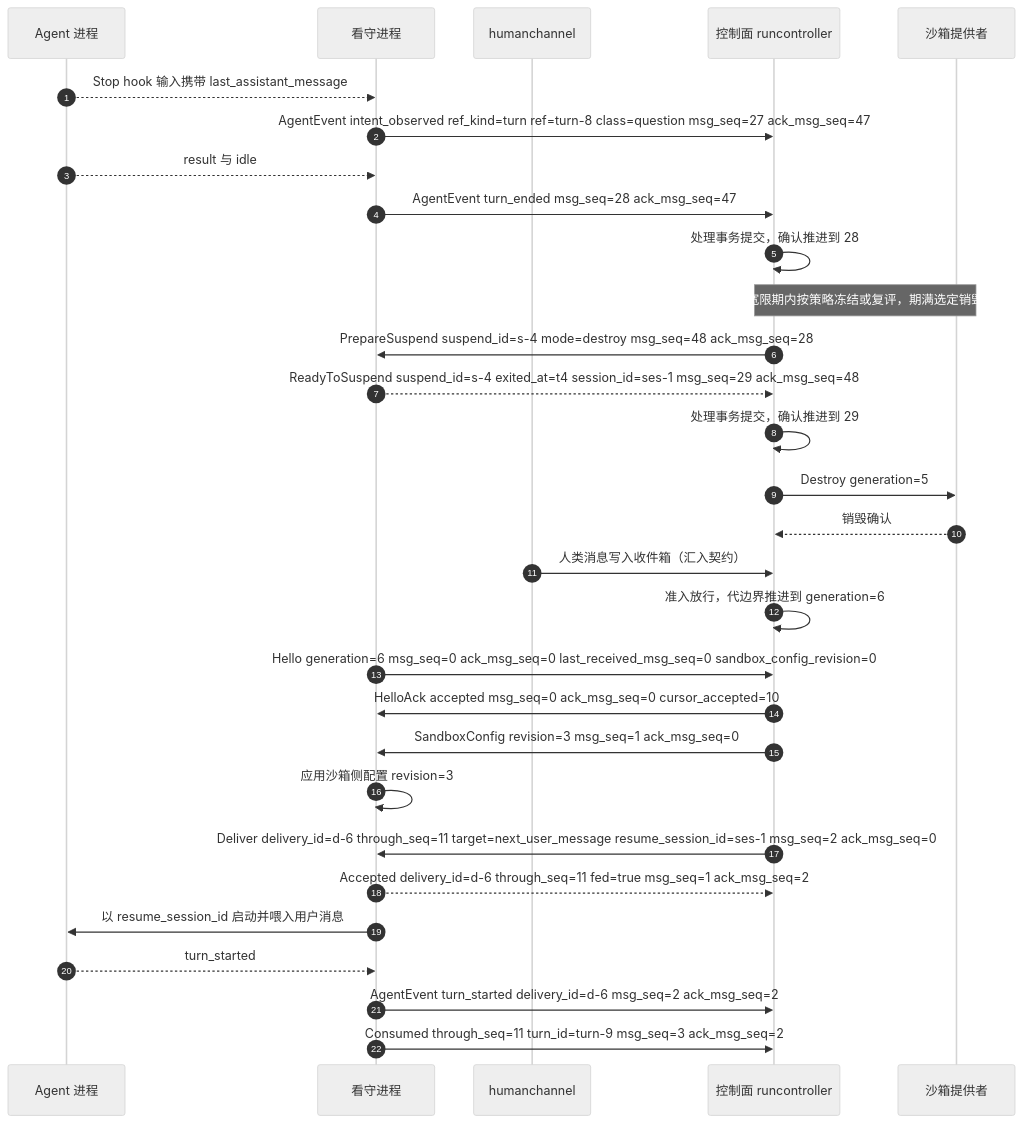
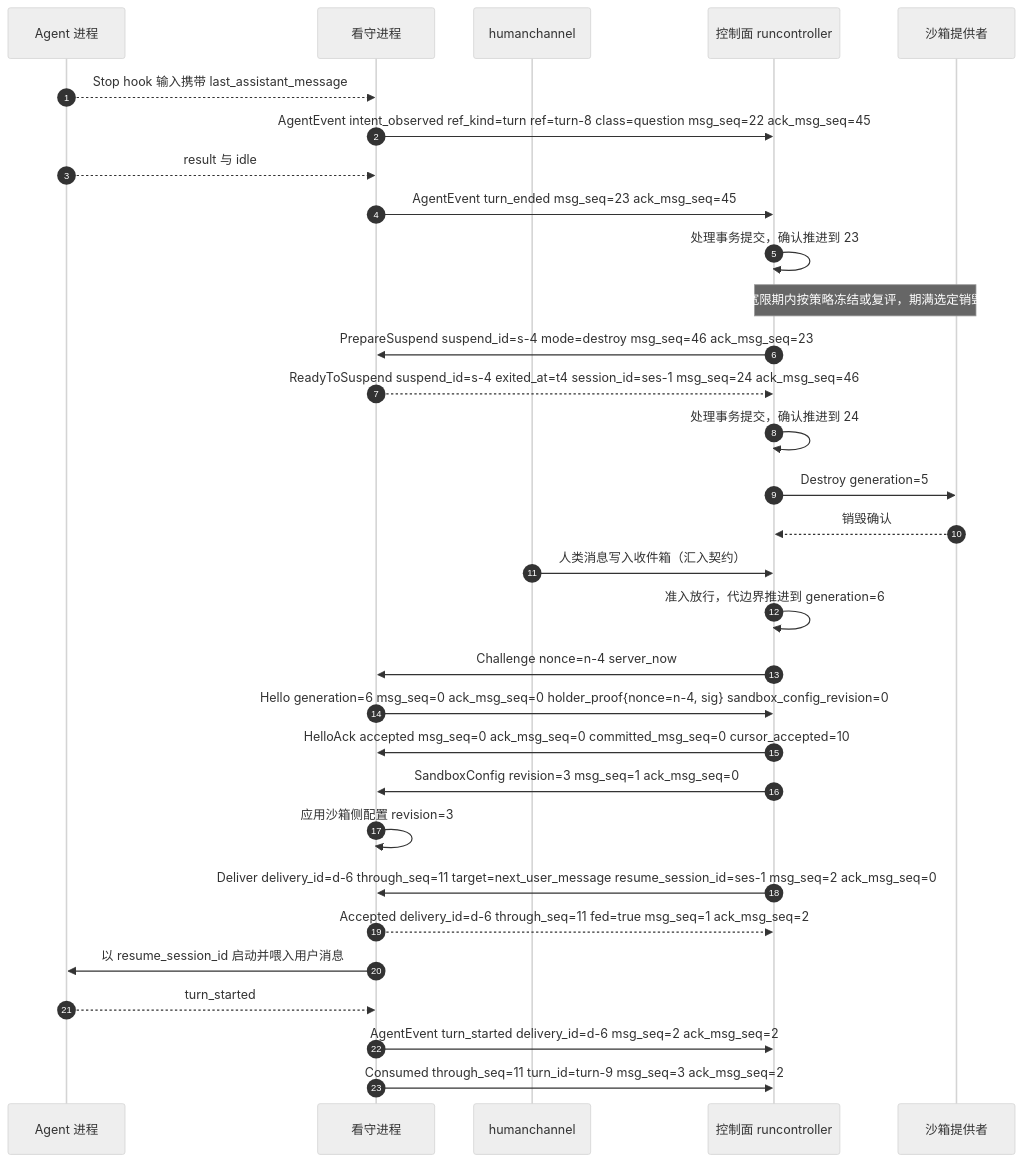
Before and after one commit to wangzw/castworks: the sixth of 8 diagrams in docs/design/modules/design-agentprotocol.md, drawn with Mermaid (neutral theme). The commit also changed other lines of this file and 35 other files, not shown here.

````diff
--- a/docs/design/modules/design-agentprotocol.md
+++ b/docs/design/modules/design-agentprotocol.md
@@ -526,32 +656,33 @@
 ```mermaid
 sequenceDiagram
     autonumber
     participant A as Agent 进程
     participant W as 看守进程
     participant H as humanchannel
     participant R as 控制面 runcontroller
     participant P as 沙箱提供者
     A-->>W: Stop hook 输入携带 last_assistant_message
-    W->>R: AgentEvent intent_observed ref_kind=turn ref=turn-8 class=question msg_seq=27 ack_msg_seq=47
+    W->>R: AgentEvent intent_observed ref_kind=turn ref=turn-8 class=question msg_seq=22 ack_msg_seq=45
     A-->>W: result 与 idle
-    W->>R: AgentEvent turn_ended msg_seq=28 ack_msg_seq=47
-    R->>R: 处理事务提交，确认推进到 28
+    W->>R: AgentEvent turn_ended msg_seq=23 ack_msg_seq=45
+    R->>R: 处理事务提交，确认推进到 23
     Note over R,P: 宽限期内按策略冻结或复评，期满选定销毁
-    R->>W: PrepareSuspend suspend_id=s-4 mode=destroy msg_seq=48 ack_msg_seq=28
-    W-->>R: ReadyToSuspend suspend_id=s-4 exited_at=t4 session_id=ses-1 msg_seq=29 ack_msg_seq=48
-    R->>R: 处理事务提交，确认推进到 29
+    R->>W: PrepareSuspend suspend_id=s-4 mode=destroy msg_seq=46 ack_msg_seq=23
+    W-->>R: ReadyToSuspend suspend_id=s-4 exited_at=t4 session_id=ses-1 msg_seq=24 ack_msg_seq=46
+    R->>R: 处理事务提交，确认推进到 24
     R->>P: Destroy generation=5
     P-->>R: 销毁确认
     H->>R: 人类消息写入收件箱（汇入契约）
     R->>R: 准入放行，代边界推进到 generation=6
-    W->>R: Hello generation=6 msg_seq=0 ack_msg_seq=0 last_received_msg_seq=0 sandbox_config_revision=0
-    R->>W: HelloAck accepted msg_seq=0 ack_msg_seq=0 cursor_accepted=10
+    R->>W: Challenge nonce=n-4 server_now
+    W->>R: Hello generation=6 msg_seq=0 ack_msg_seq=0 holder_proof{nonce=n-4, sig} sandbox_config_revision=0
+    R->>W: HelloAck accepted msg_seq=0 ack_msg_seq=0 committed_msg_seq=0 cursor_accepted=10
     R->>W: SandboxConfig revision=3 msg_seq=1 ack_msg_seq=0
     W->>W: 应用沙箱侧配置 revision=3
     R->>W: Deliver delivery_id=d-6 through_seq=11 target=next_user_message resume_session_id=ses-1 msg_seq=2 ack_msg_seq=0
     W-->>R: Accepted delivery_id=d-6 through_seq=11 fed=true msg_seq=1 ack_msg_seq=2
     W->>A: 以 resume_session_id 启动并喂入用户消息
     A-->>W: turn_started
     W->>R: AgentEvent turn_started delivery_id=d-6 msg_seq=2 ack_msg_seq=2
     W->>R: Consumed through_seq=11 turn_id=turn-9 msg_seq=3 ack_msg_seq=2
 ```
````
